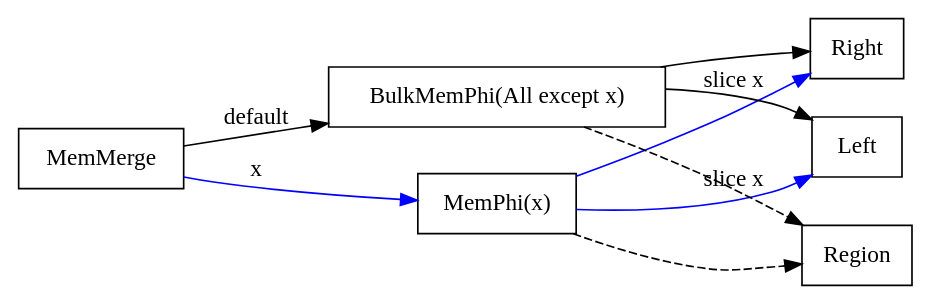
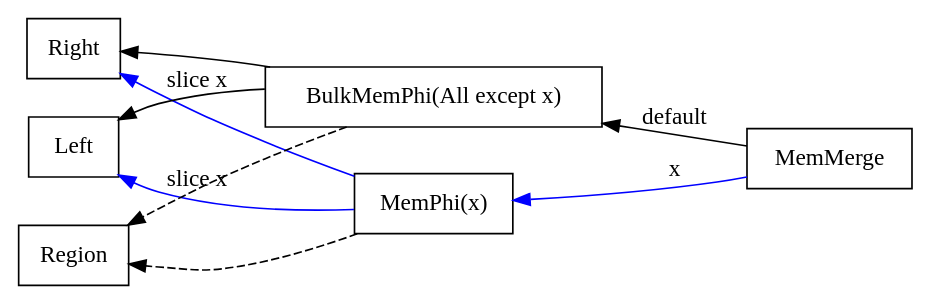
The diagram in chapter10b/docs/example2b.gv (SeaOfNodes/Simple), drawn with Graphviz before and after one commit. The commit also changed 28 other files, not shown here.

```diff
--- a/chapter10b/docs/example2b.gv
+++ b/chapter10b/docs/example2b.gv
@@ -1,10 +1,10 @@
 digraph Memory {
-  rankdir=LR;
+  rankdir=RL;
   node [shape=box];
   P [label="MemPhi(x)"];
   B [label="BulkMemPhi(All except x)"];
   P -> Left [label="slice x",color=blue]; P -> Right [label="slice x",color=blue];
   B -> Left; B -> Right;
   P -> Region [style=dashed]; B -> Region [style=dashed];
   MemMerge -> P [label="x",color=blue]; MemMerge -> B [label="default"];
 }
```
